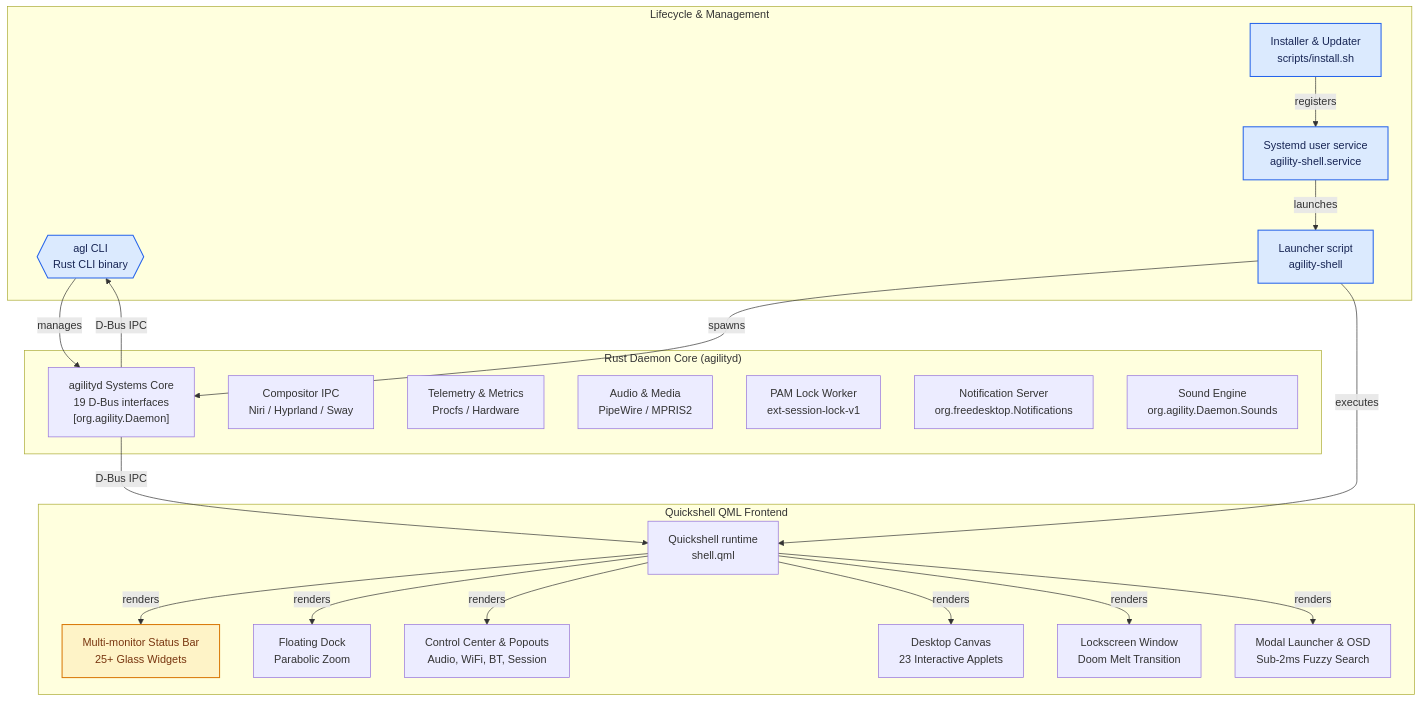
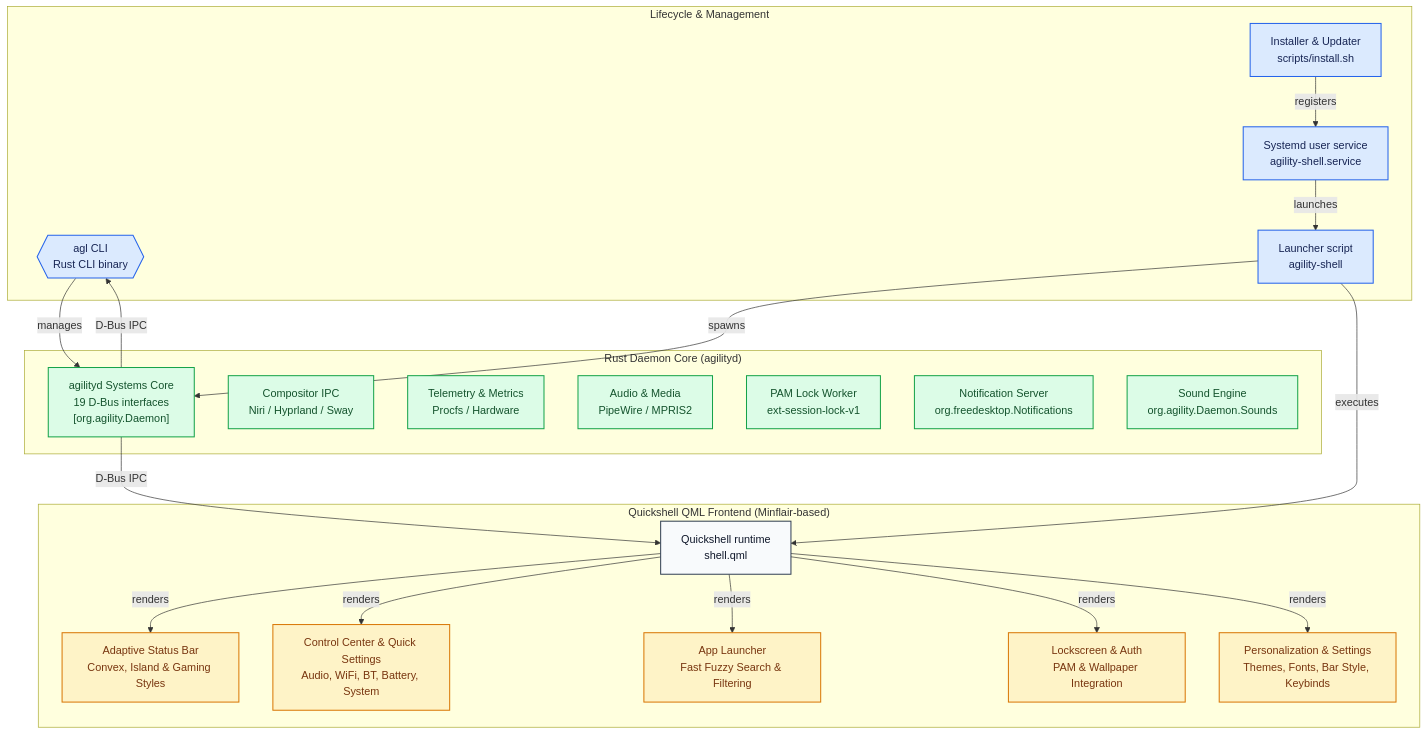
One commit to TattvaOrg/agility-shell changed the diagram in README.md. Above: the diagram before and after it, drawn with Mermaid. The commit also changed other lines of this file and 1868 other files, not shown here.

First line of the commit message:
feat(ui): adopt Minflair modular Quickshell frontend with SVG assets and updated installer

````diff
--- a/README.md
+++ b/README.md
@@ -179,70 +179,65 @@
 ```mermaid
 flowchart TD
 
 subgraph group_lifecycle["Lifecycle & Management"]
   node_agl{{"agl CLI<br/>Rust CLI binary"}}
   node_startup["Launcher script<br/>agility-shell"]
   node_installer["Installer & Updater<br/>scripts/install.sh"]
   node_systemd["Systemd user service<br/>agility-shell.service"]
 end
 
 subgraph group_daemon["Rust Daemon Core (agilityd)"]
   node_daemon["agilityd Systems Core<br/>19 D-Bus interfaces<br/>[org.agility.Daemon]"]
   node_compositor["Compositor IPC<br/>Niri / Hyprland / Sway"]
   node_telemetry["Telemetry & Metrics<br/>Procfs / Hardware"]
   node_audio["Audio & Media<br/>PipeWire / MPRIS2"]
   node_lock_pam["PAM Lock Worker<br/>ext-session-lock-v1"]
   node_notif_server["Notification Server<br/>org.freedesktop.Notifications"]
   node_sounds["Sound Engine<br/>org.agility.Daemon.Sounds"]
 end
 
-subgraph group_frontend["Quickshell QML Frontend"]
+subgraph group_frontend["Quickshell QML Frontend (Minflair-based)"]
   node_shell_qml["Quickshell runtime<br/>shell.qml"]
-  node_bar["Multi-monitor Status Bar<br/>25+ Glass Widgets"]
-  node_dock["Floating Dock<br/>Parabolic Zoom"]
-  node_popouts["Control Center & Popouts<br/>Audio, WiFi, BT, Session"]
-  node_canvas["Desktop Canvas<br/>23 Interactive Applets"]
-  node_lockscreen["Lockscreen Window<br/>Doom Melt Transition"]
-  node_launcher["Modal Launcher & OSD<br/>Sub-2ms Fuzzy Search"]
+  node_bar["Adaptive Status Bar<br/>Convex, Island & Gaming Styles"]
+  node_controlcenter["Control Center & Quick Settings<br/>Audio, WiFi, BT, Battery, System"]
+  node_launcher["App Launcher<br/>Fast Fuzzy Search & Filtering"]
+  node_lockscreen["Lockscreen & Auth<br/>PAM & Wallpaper Integration"]
+  node_settings["Personalization & Settings<br/>Themes, Fonts, Bar Style, Keybinds"]
 end
 
 node_installer -->|"registers"| node_systemd
 node_agl -->|"manages"| node_daemon
 node_systemd -->|"launches"| node_startup
 node_startup -->|"spawns"| node_daemon
 node_startup -->|"executes"| node_shell_qml
 node_daemon -->|"D-Bus IPC"| node_shell_qml
 node_daemon -->|"D-Bus IPC"| node_agl
 node_shell_qml -->|"renders"| node_bar
-node_shell_qml -->|"renders"| node_dock
-node_shell_qml -->|"renders"| node_popouts
-node_shell_qml -->|"renders"| node_canvas
+node_shell_qml -->|"renders"| node_controlcenter
+node_shell_qml -->|"renders"| node_launcher
 node_shell_qml -->|"renders"| node_lockscreen
-node_shell_qml -->|"renders"| node_launcher
+node_shell_qml -->|"renders"| node_settings
 click node_agl "https://github.com/TattvaOrg/agility-shell/blob/main/crates/agility-cli"
 click node_daemon "https://github.com/TattvaOrg/agility-shell/blob/main/crates/agilityd"
 click node_startup "https://github.com/TattvaOrg/agility-shell/blob/main/agility-shell"
 click node_installer "https://github.com/TattvaOrg/agility-shell/blob/main/scripts/install.sh"
 click node_systemd "https://github.com/TattvaOrg/agility-shell/blob/main/systemd/agility-shell.service"
 click node_shell_qml "https://github.com/TattvaOrg/agility-shell/blob/main/quickshell/agility/shell.qml"
-click node_bar "https://github.com/TattvaOrg/agility-shell/blob/main/quickshell/agility/bar/BarWindow.qml"
-click node_dock "https://github.com/TattvaOrg/agility-shell/blob/main/quickshell/agility/dock/DockWindow.qml"
-click node_popouts "https://github.com/TattvaOrg/agility-shell/blob/main/quickshell/agility/popouts/ControlCenter.qml"
-click node_canvas "https://github.com/TattvaOrg/agility-shell/blob/main/quickshell/agility/canvas/DesktopCanvas.qml"
-click node_lockscreen "https://github.com/TattvaOrg/agility-shell/blob/main/quickshell/agility/lockscreen/LockWindow.qml"
-click node_launcher "https://github.com/TattvaOrg/agility-shell/blob/main/quickshell/agility/launcher/LauncherWindow.qml"
+click node_bar "https://github.com/TattvaOrg/agility-shell/blob/main/quickshell/agility/Modules/Bar"
+click node_controlcenter "https://github.com/TattvaOrg/agility-shell/blob/main/quickshell/agility/Modules/ControlCenter"
+click node_launcher "https://github.com/TattvaOrg/agility-shell/blob/main/quickshell/agility/Modules/Launcher"
+click node_lockscreen "https://github.com/TattvaOrg/agility-shell/blob/main/quickshell/agility/Modules/LockScreen"
+click node_settings "https://github.com/TattvaOrg/agility-shell/blob/main/quickshell/agility/Modules/Settings"
 
 classDef toneNeutral fill:#f8fafc,stroke:#334155,stroke-width:1.5px,color:#0f172a
 classDef toneBlue fill:#dbeafe,stroke:#2563eb,stroke-width:1.5px,color:#172554
 classDef toneAmber fill:#fef3c7,stroke:#d97706,stroke-width:1.5px,color:#78350f
 classDef toneMint fill:#dcfce7,stroke:#16a34a,stroke-width:1.5px,color:#14532d
 classDef toneRose fill:#ffe4e6,stroke:#e11d48,stroke-width:1.5px,color:#881337
 classDef toneIndigo fill:#e0e7ff,stroke:#4f46e5,stroke-width:1.5px,color:#312e81
 classDef toneTeal fill:#ccfbf1,stroke:#0f766e,stroke-width:1.5px,color:#134e4a
 class node_agl,node_startup,node_installer,node_systemd toneBlue
-class node_main,node_bar,node_bar_widgets,node_dock_state,node_quick_settings,node_dash,node_notifications toneAmber
-class node_shell_services,node_player,node_network,node_notification_store toneMint
-class node_wm_base,node_wm_adapters toneRose
-class node_wallpaper_theme,node_styles,node_native_effects toneIndigo
-class node_quickshell toneNeutral
+class node_bar,node_controlcenter,node_launcher,node_lockscreen,node_settings toneAmber
+class node_daemon,node_compositor,node_telemetry,node_audio,node_lock_pam,node_notif_server,node_sounds toneMint
+class node_shell_qml toneNeutral
 ```
````
